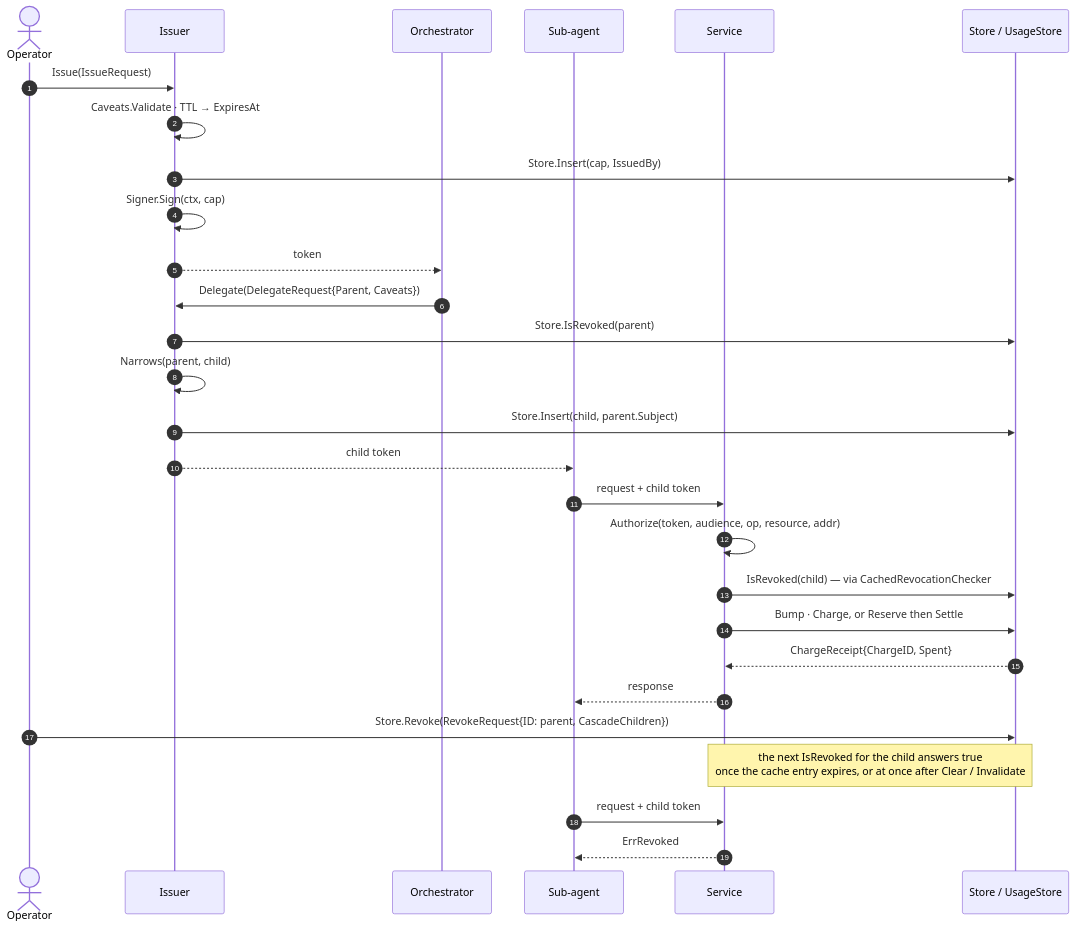
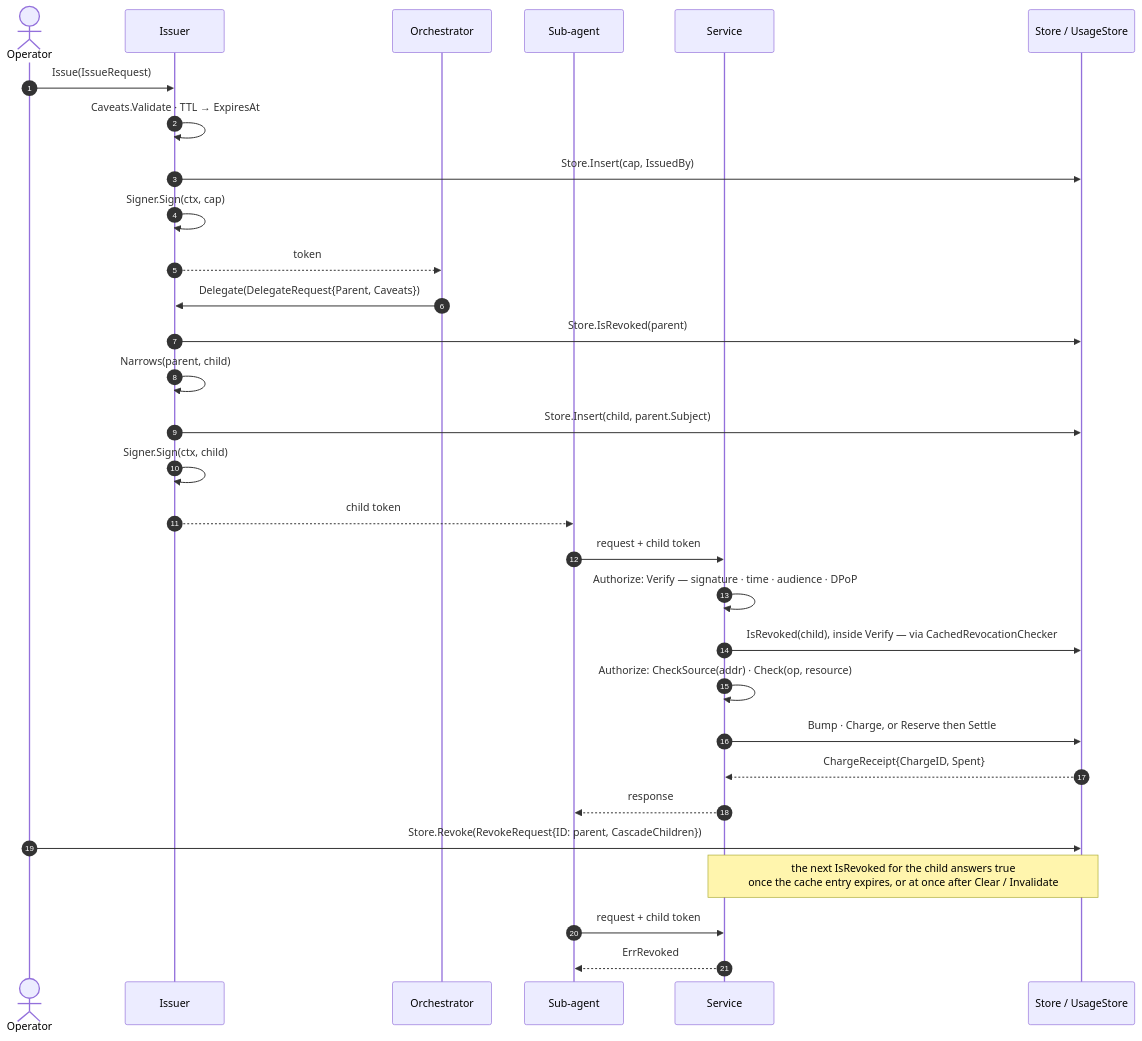
Before and after one commit to oleg-tkachuk/limes: the second of 11 diagrams in docs/diagrams.md, drawn with Mermaid. The commit also changed other lines of this file, not shown here.

First line of the commit message:
docs(diagrams): draw the verifier, DPoP and meter as the code runs them

````diff
--- a/docs/diagrams.md
+++ b/docs/diagrams.md
@@ -107,34 +111,36 @@
 ```mermaid
 sequenceDiagram
     autonumber
     actor Op as Operator
     participant I as Issuer
     participant O as Orchestrator
     participant W as Sub-agent
     participant S as Service
     participant St as Store / UsageStore
 
     Op->>I: Issue(IssueRequest)
     I->>I: Caveats.Validate · TTL → ExpiresAt
     I->>St: Store.Insert(cap, IssuedBy)
     I->>I: Signer.Sign(ctx, cap)
     I-->>O: token
 
     O->>I: Delegate(DelegateRequest{Parent, Caveats})
     I->>St: Store.IsRevoked(parent)
     I->>I: Narrows(parent, child)
     I->>St: Store.Insert(child, parent.Subject)
+    I->>I: Signer.Sign(ctx, child)
     I-->>W: child token
 
     W->>S: request + child token
-    S->>S: Authorize(token, audience, op, resource, addr)
-    S->>St: IsRevoked(child) — via CachedRevocationChecker
+    S->>S: Authorize: Verify — signature · time · audience · DPoP
+    S->>St: IsRevoked(child), inside Verify — via CachedRevocationChecker
+    S->>S: Authorize: CheckSource(addr) · Check(op, resource)
     S->>St: Bump · Charge, or Reserve then Settle
     St-->>S: ChargeReceipt{ChargeID, Spent}
     S-->>W: response
 
     Op->>St: Store.Revoke(RevokeRequest{ID: parent, CascadeChildren})
     Note over S,St: the next IsRevoked for the child answers true<br/>once the cache entry expires, or at once after Clear / Invalidate
     W->>S: request + child token
     S-->>W: ErrRevoked
 ```
````
